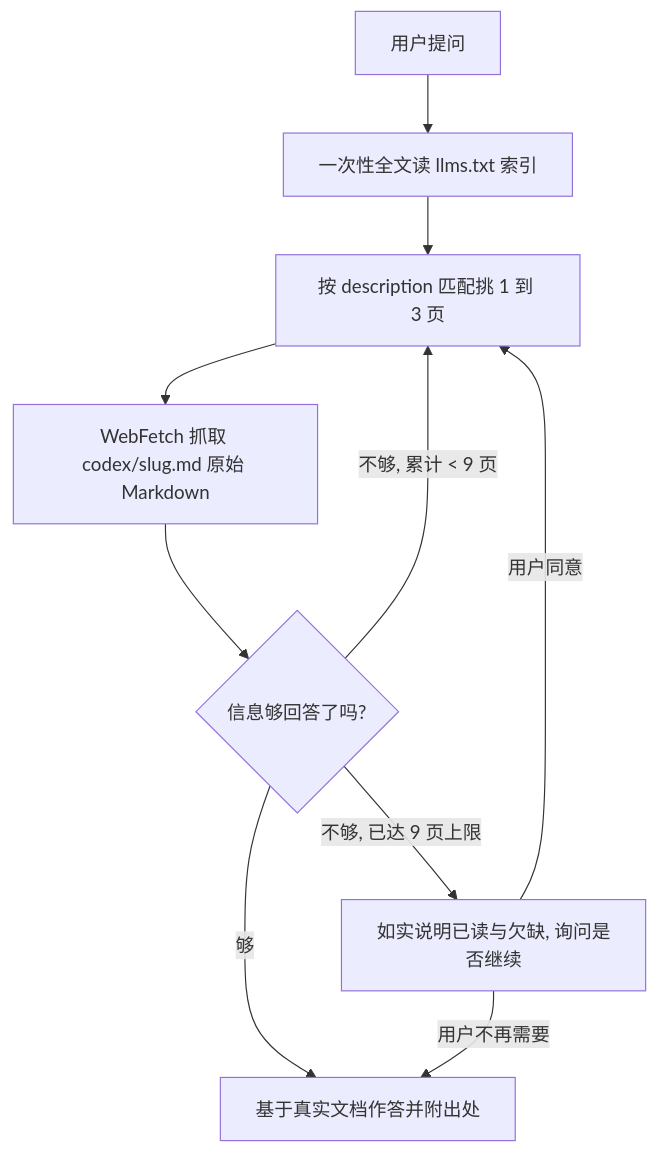
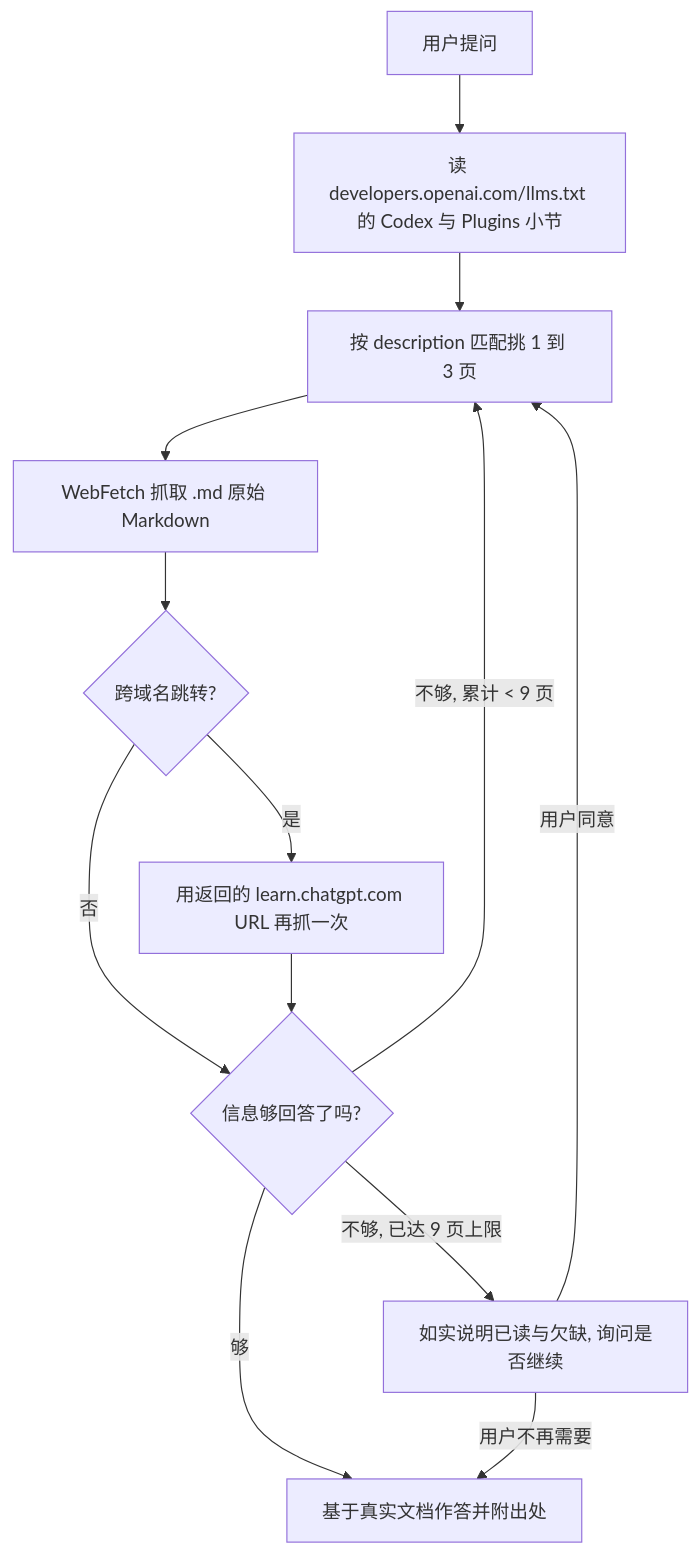
One commit to MacHu-GWU/shsk_coding_agent_docs-project changed the diagram in .claude/skills/coding-agent-docs/skills/codex-docs/README-cn.md. Above: the diagram before and after it, drawn with Mermaid. The commit also changed other lines of this file and 3 other files, not shown here.

````diff
--- a/.claude/skills/coding-agent-docs/skills/codex-docs/README-cn.md
+++ b/.claude/skills/coding-agent-docs/skills/codex-docs/README-cn.md
@@ -53,12 +69,15 @@
 ```mermaid
 flowchart TD
-    A[用户提问] --> B[一次性全文读 llms.txt 索引]
+    A[用户提问] --> B[读 developers.openai.com/llms.txt 的 Codex 与 Plugins 小节]
     B --> C[按 description 匹配挑 1 到 3 页]
-    C --> D[WebFetch 抓取 codex/slug.md 原始 Markdown]
-    D --> E{信息够回答了吗?}
+    C --> D[WebFetch 抓取 .md 原始 Markdown]
+    D --> D2{跨域名跳转?}
+    D2 -->|是| D3[用返回的 learn.chatgpt.com URL 再抓一次]
+    D2 -->|否| E
+    D3 --> E{信息够回答了吗?}
     E -->|够| F[基于真实文档作答并附出处]
     E -->|不够, 累计 < 9 页| C
     E -->|不够, 已达 9 页上限| G[如实说明已读与欠缺, 询问是否继续]
     G -->|用户同意| C
     G -->|用户不再需要| F
 ```
````
